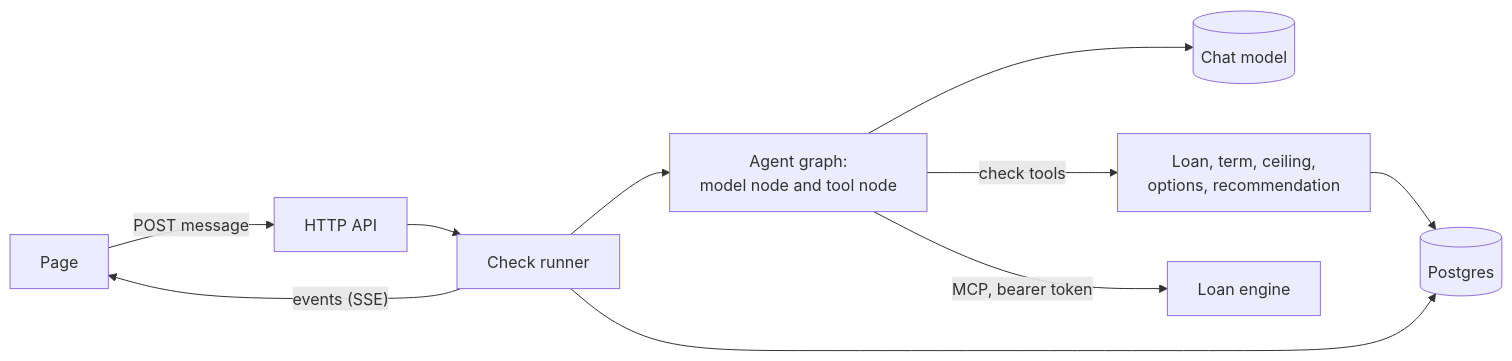
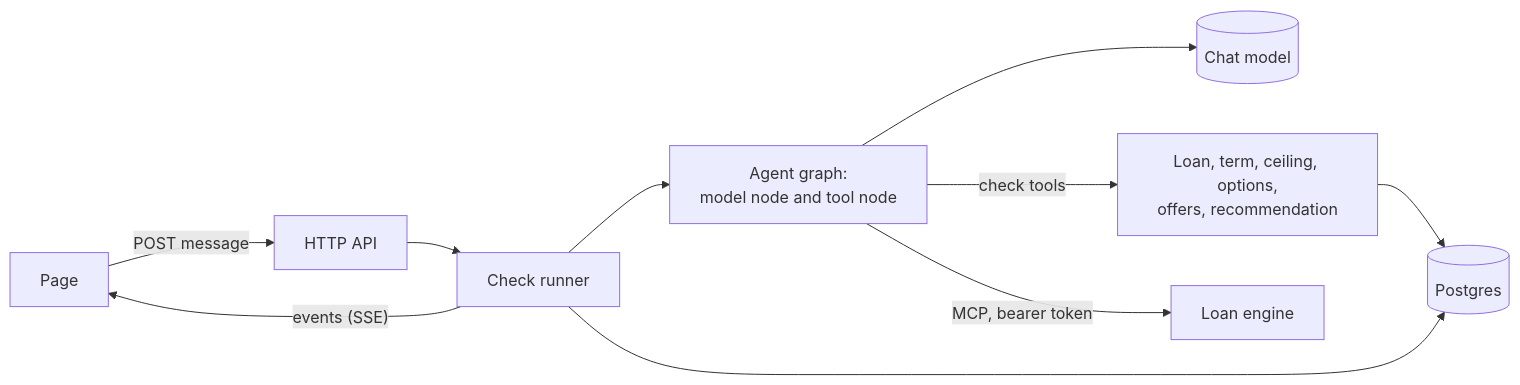
One commit to erancha/loan-simulator changed the diagram in docs/architecture/agent.md. Above: the diagram before and after it, drawn with Mermaid. The commit also changed other lines of this file and 98 other files, not shown here.

````diff
--- a/docs/architecture/agent.md
+++ b/docs/architecture/agent.md
@@ -12,12 +12,12 @@
 ```mermaid
 flowchart LR
   P[Page] -->|"POST message"| API[HTTP API]
   API --> R[Check runner]
   R --> G["Agent graph:<br/>model node and tool node"]
   G --> M[(Chat model)]
-  G -->|check tools| T["Loan, term, ceiling,<br/>options, recommendation"]
+  G -->|check tools| T["Loan, term, ceiling, options,<br/>offers, recommendation"]
   G -->|"MCP, bearer token"| E[Loan engine]
   T --> DB[(Postgres)]
   R --> DB
   R -->|"events (SSE)"| P
 ```
````
